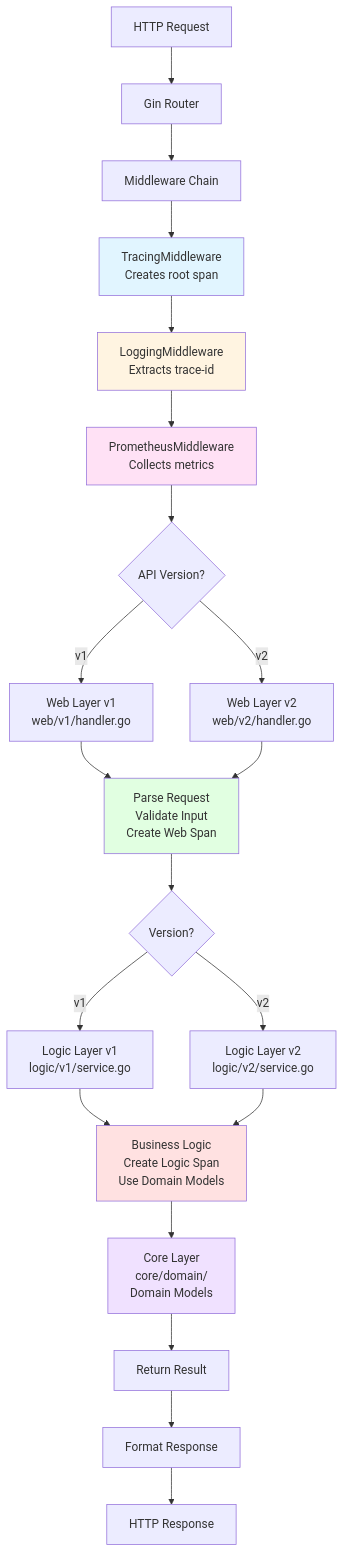
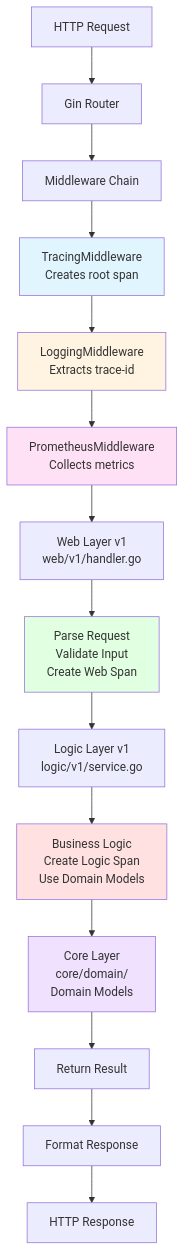
One commit to duynhlab/homelab changed the first of 6 diagrams in docs/observability/apm/ARCHITECTURE.md. Above: the diagram before and after it, drawn with Mermaid. The commit also changed other lines of this file and 13 other files, not shown here.

````diff
--- a/docs/observability/apm/ARCHITECTURE.md
+++ b/docs/observability/apm/ARCHITECTURE.md
@@ -38,36 +38,30 @@
 ```mermaid
 graph TD
     A[HTTP Request] --> B[Gin Router]
     B --> C[Middleware Chain]
     
     C --> D[TracingMiddleware<br/>Creates root span]
     D --> E[LoggingMiddleware<br/>Extracts trace-id]
     E --> F[PrometheusMiddleware<br/>Collects metrics]
     
-    F --> G{API Version?}
-    G -->|v1| H[Web Layer v1<br/>web/v1/handler.go]
-    G -->|v2| I[Web Layer v2<br/>web/v2/handler.go]
+    F --> H[Web Layer v1<br/>web/v1/handler.go]
     
     H --> J[Parse Request<br/>Validate Input<br/>Create Web Span]
-    I --> J
     
-    J --> K{Version?}
-    K -->|v1| L[Logic Layer v1<br/>logic/v1/service.go]
-    K -->|v2| M[Logic Layer v2<br/>logic/v2/service.go]
+    J --> L[Logic Layer v1<br/>logic/v1/service.go]
     
     L --> N[Business Logic<br/>Create Logic Span<br/>Use Domain Models]
-    M --> N
     
     N --> O[Core Layer<br/>core/domain/<br/>Domain Models]
     
     O --> P[Return Result]
     P --> Q[Format Response]
     Q --> R[HTTP Response]
     
     style D fill:#e1f5ff
     style E fill:#fff4e1
     style F fill:#ffe1f5
     style J fill:#e1ffe1
     style N fill:#ffe1e1
     style O fill:#f0e1ff
 ```
````
